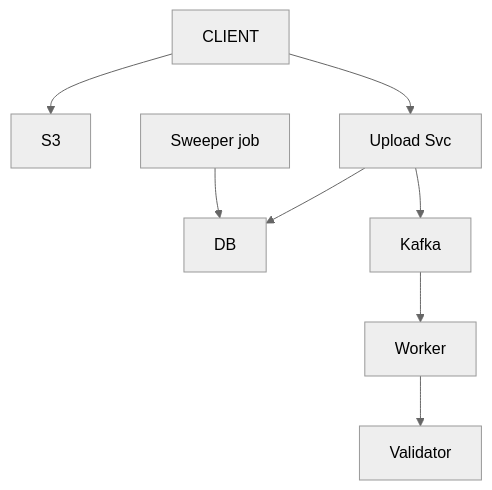
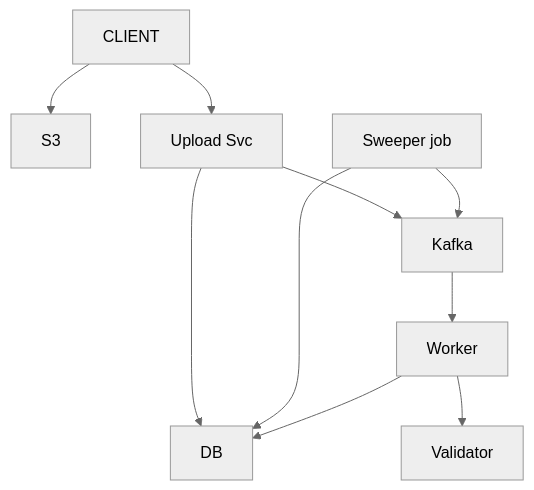
One commit to ArpanMaheshwari144/Prep changed the fourth of 8 diagrams in 04_HLD/SYSTEM_DESIGNS/07_file_upload_validate_system/07_file_upload_INTERVIEW.md. Above: the diagram before and after it, drawn with Mermaid (neutral theme). The commit also changed other lines of this file and 12 other files, not shown here.

````diff
--- a/04_HLD/SYSTEM_DESIGNS/07_file_upload_validate_system/07_file_upload_INTERVIEW.md
+++ b/04_HLD/SYSTEM_DESIGNS/07_file_upload_validate_system/07_file_upload_INTERVIEW.md
@@ -194,18 +196,20 @@
 ```mermaid
 flowchart TD
     n_CLIENT["CLIENT"]
     n_S3["S3"]
     n_Upload_Svc["Upload Svc"]
     n_DB["DB"]
     n_Sweeper_job["Sweeper job"]
     n_Kafka["Kafka"]
     n_Worker["Worker"]
     n_Validator["Validator"]
     n_CLIENT --> n_S3
     n_CLIENT --> n_Upload_Svc
     n_Upload_Svc --> n_DB
     n_Upload_Svc --> n_Kafka
     n_Sweeper_job --> n_DB
     n_Kafka --> n_Worker
     n_Worker --> n_Validator
+    n_Worker --> n_DB
+    n_Sweeper_job --> n_Kafka
 ```
````
